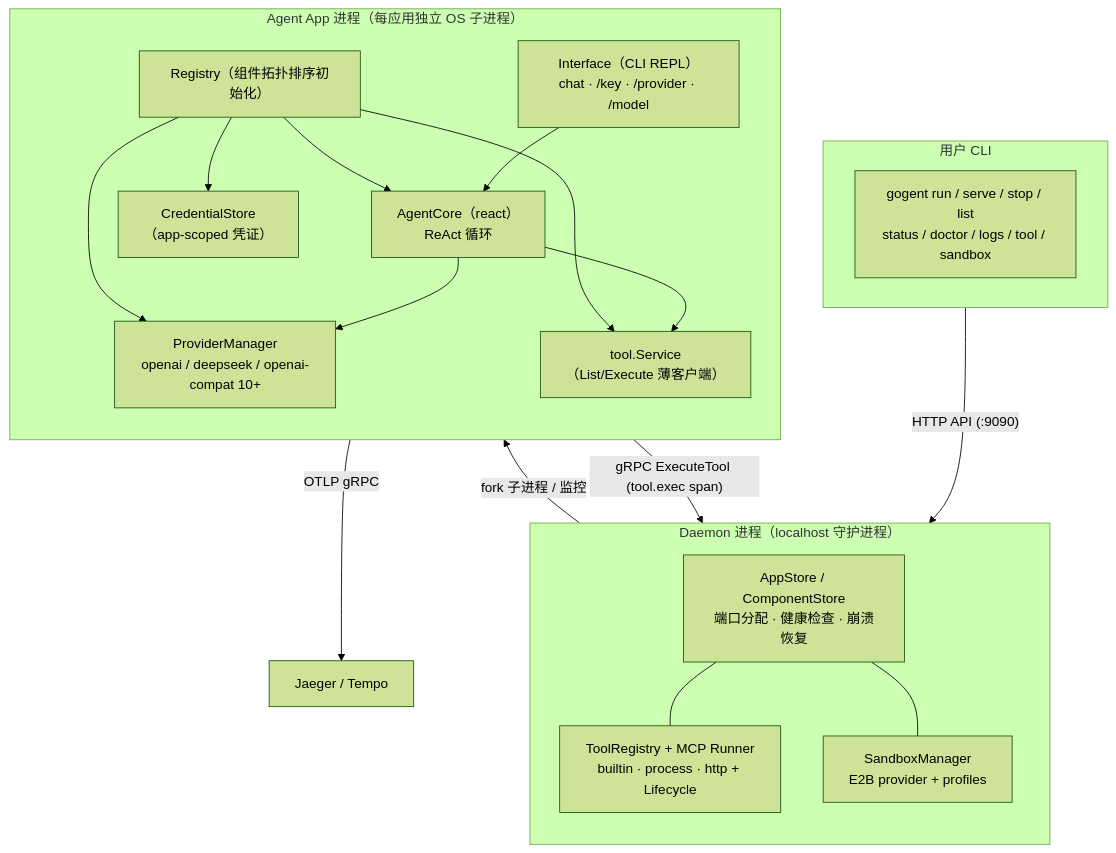
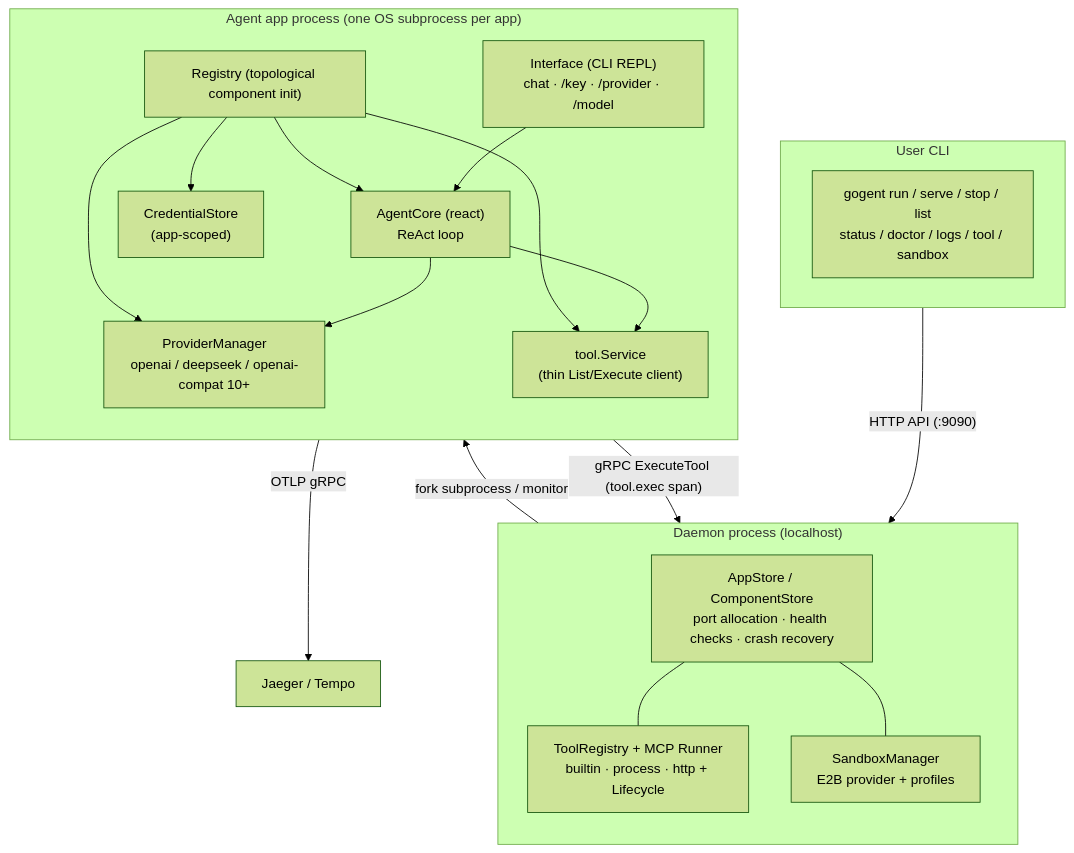
The diagram in README.md (tltre/gogent), drawn with Mermaid (forest theme) before and after one commit. The commit also changed other lines of this file and 5 other files, not shown here.

````diff
--- a/README.md
+++ b/README.md
@@ -23,37 +25,37 @@
 ```mermaid
 flowchart TB
-    subgraph CLI["用户 CLI"]
+    subgraph CLI["User CLI"]
         C1["gogent run / serve / stop / list<br/>status / doctor / logs / tool / sandbox"]
     end
 
-    subgraph DAEMON["Daemon 进程（localhost 守护进程）"]
+    subgraph DAEMON["Daemon process (localhost)"]
         direction TB
-        D1["AppStore / ComponentStore<br/>端口分配 · 健康检查 · 崩溃恢复"]
+        D1["AppStore / ComponentStore<br/>port allocation · health checks · crash recovery"]
         D2["ToolRegistry + MCP Runner<br/>builtin · process · http + Lifecycle"]
         D3["SandboxManager<br/>E2B provider + profiles"]
         D1 --- D2
         D1 --- D3
     end
 
-    subgraph APP["Agent App 进程（每应用独立 OS 子进程）"]
+    subgraph APP["Agent app process (one OS subprocess per app)"]
         direction TB
-        R["Registry（组件拓扑排序初始化）"]
-        AC["AgentCore（react）<br/>ReAct 循环"]
+        R["Registry (topological component init)"]
+        AC["AgentCore (react)<br/>ReAct loop"]
         PM["ProviderManager<br/>openai / deepseek / openai-compat 10+"]
-        TS["tool.Service<br/>（List/Execute 薄客户端）"]
-        CS["CredentialStore<br/>（app-scoped 凭证）"]
-        IF["Interface（CLI REPL）<br/>chat · /key · /provider · /model"]
+        TS["tool.Service<br/>(thin List/Execute client)"]
+        CS["CredentialStore<br/>(app-scoped)"]
+        IF["Interface (CLI REPL)<br/>chat · /key · /provider · /model"]
         R --> AC
         R --> PM
         R --> TS
         R --> CS
         AC --> TS
         AC --> PM
         IF --> AC
     end
 
     CLI -->|"HTTP API (:9090)"| DAEMON
-    DAEMON -->|"fork 子进程 / 监控"| APP
+    DAEMON -->|"fork subprocess / monitor"| APP
     APP -->|"gRPC ExecuteTool (tool.exec span)"| D2
     APP -->|"OTLP gRPC"| OTEL["Jaeger / Tempo"]
 ```
````
